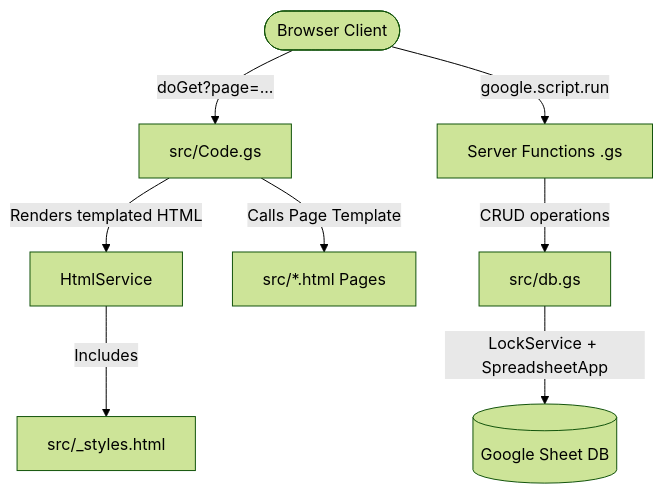
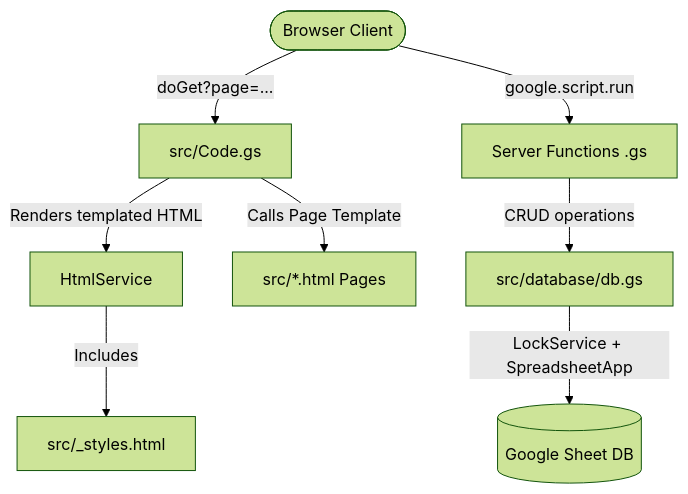
The diagram in AGENTS.md (dimon-ton/popoWebApp), drawn with Mermaid (forest theme) before and after one commit. The commit also changed other lines of this file and 84 other files, not shown here.

````diff
--- a/AGENTS.md
+++ b/AGENTS.md
@@ -7,11 +7,11 @@
 ```mermaid
 graph TD
     User([Browser Client]) -->|doGet?page=...| Router[src/Code.gs]
     Router -->|Renders templated HTML| Render[HtmlService]
     Render -->|Includes| Style[src/_styles.html]
     Router -->|Calls Page Template| Pages[src/*.html Pages]
     
     User -->|google.script.run| API[Server Functions .gs]
-    API -->|CRUD operations| DB[src/db.gs]
+    API -->|CRUD operations| DB[src/database/db.gs]
     DB -->|LockService + SpreadsheetApp| Sheet[(Google Sheet DB)]
 ```
````
